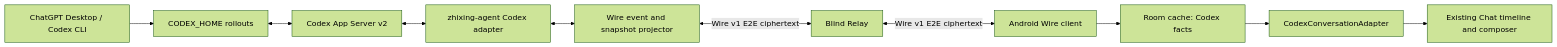
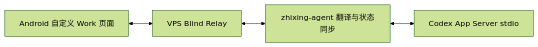
One commit to rgywd/zhixing changed the first of 2 diagrams in docs/zhixing/CODEX_NATIVE_ARCHITECTURE.md. Above: the diagram before and after it, drawn with Mermaid (forest theme). The commit also changed other lines of this file and 15 other files, not shown here.

Commit message:
docs(work): define direct Codex mode plan

````diff
--- a/docs/zhixing/CODEX_NATIVE_ARCHITECTURE.md
+++ b/docs/zhixing/CODEX_NATIVE_ARCHITECTURE.md
@@ -163,12 +152,6 @@
 ```mermaid
 flowchart LR
-    Desktop["ChatGPT Desktop / Codex CLI"] --> State["CODEX_HOME rollouts"]
-    State <--> AppServer["Codex App Server v2"]
-    AppServer <--> Adapter["zhixing-agent Codex adapter"]
-    Adapter <--> Projector["Wire event and snapshot projector"]
-    Projector <-->|"Wire v1 E2E ciphertext"| Relay["Blind Relay"]
-    Relay <-->|"Wire v1 E2E ciphertext"| Android["Android Wire client"]
-    Android --> Cache["Room cache: Codex facts"]
-    Cache --> ConversationAdapter["CodexConversationAdapter"]
-    ConversationAdapter --> ChatUI["Existing Chat timeline and composer"]
+    Android["Android 自定义 Work 页面"] <--> Relay["VPS Blind Relay"]
+    Relay <--> Agent["zhixing-agent 翻译与状态同步"]
+    Agent <--> AppServer["Codex App Server stdio"]
 ```
````
